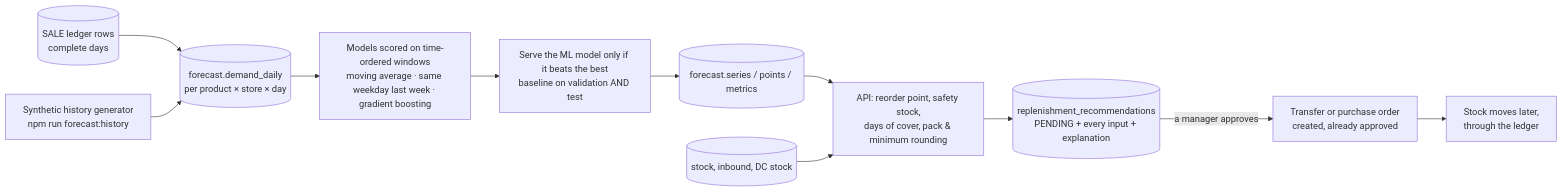
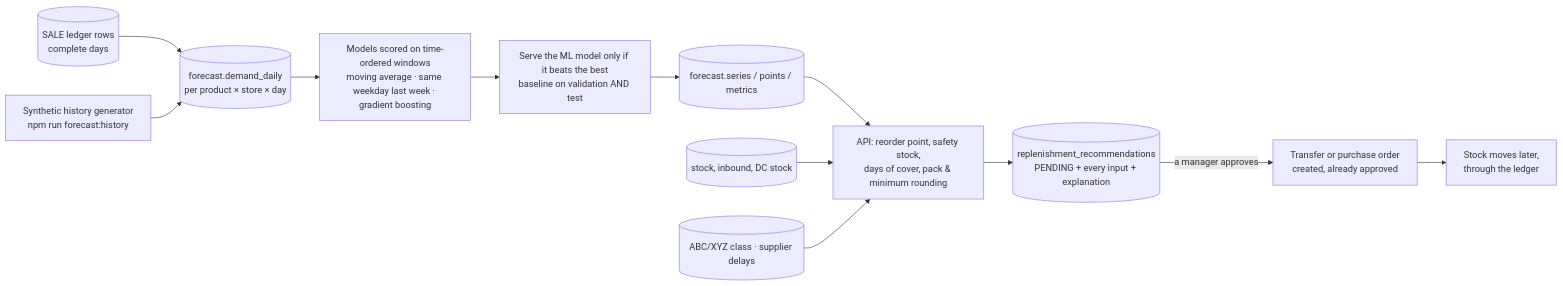
Before and after one commit to Hirockpaul/RetailPulse: the sixth of 6 diagrams in docs/ARCHITECTURE.md, drawn with Mermaid. The commit also changed other lines of this file and 16 other files, not shown here.

````diff
--- a/docs/ARCHITECTURE.md
+++ b/docs/ARCHITECTURE.md
@@ -455,13 +455,14 @@
 ```mermaid
 flowchart LR
   ledger[(SALE ledger rows<br/>complete days)] --> dd[(forecast.demand_daily<br/>per product × store × day)]
   syn[Synthetic history generator<br/>npm run forecast:history] --> dd
   dd --> models[Models scored on time-ordered windows<br/>moving average · same weekday last week · gradient boosting]
   models --> pick[Serve the ML model only if it beats the best<br/>baseline on validation AND test]
   pick --> fp[(forecast.series / points / metrics)]
   fp --> calc[API: reorder point, safety stock,<br/>days of cover, pack & minimum rounding]
   stock[(stock, inbound, DC stock)] --> calc
+  pol[(ABC/XYZ class · supplier delays)] --> calc
   calc --> rec[(replenishment_recommendations<br/>PENDING + every input + explanation)]
   rec -->|a manager approves| doc[Transfer or purchase order<br/>created, already approved]
   doc --> led[Stock moves later,<br/>through the ledger]
 ```
````
